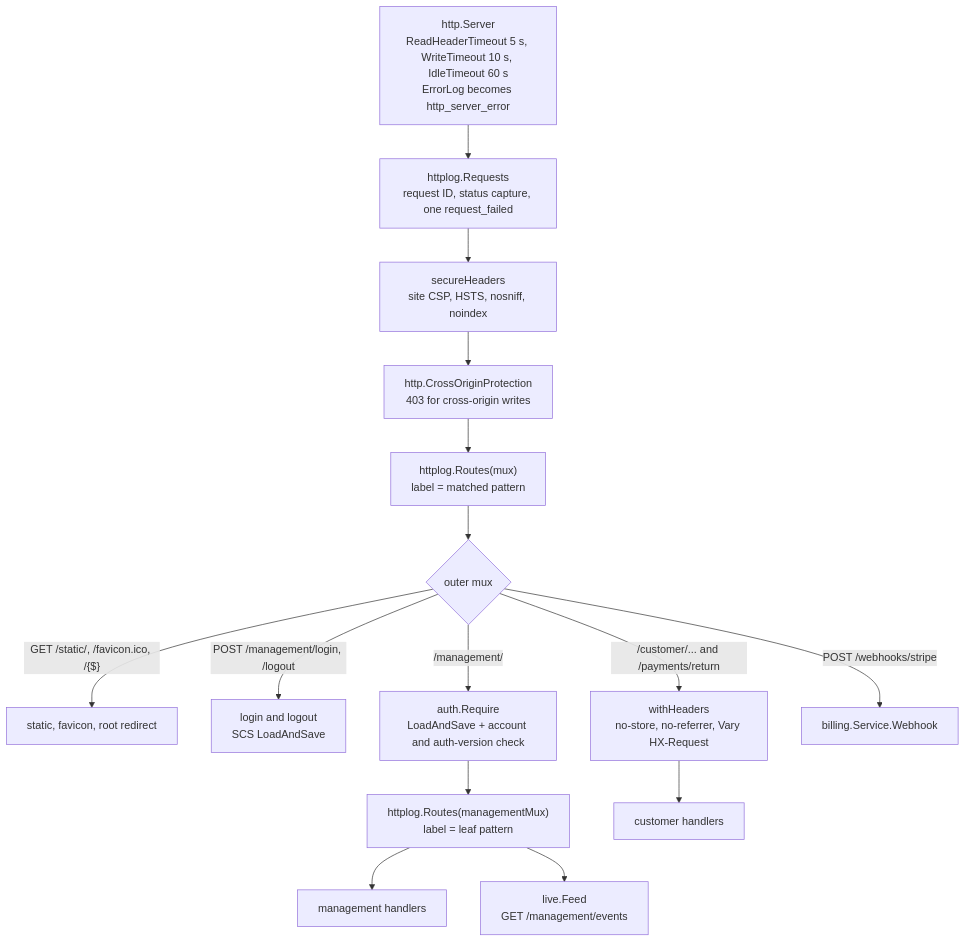
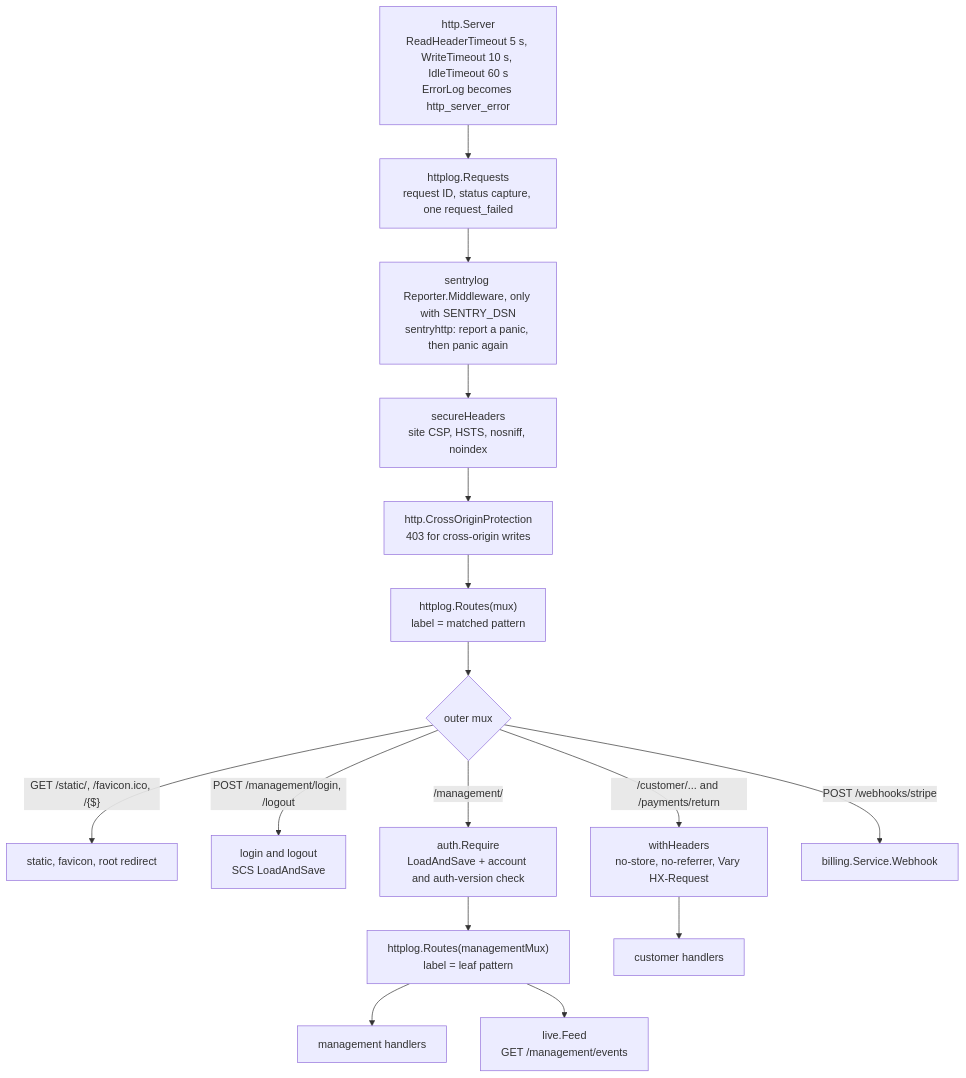
Before and after one commit to devGabriel131/ProjectHermes: the third of 3 diagrams in docs/architecture.md, drawn with Mermaid. The commit also changed other lines of this file and 13 other files, not shown here.

First line of the commit message:
feat(logging): Sentry error reporting, off without SENTRY_DSN (A2b)

````diff
--- a/docs/architecture.md
+++ b/docs/architecture.md
@@ -171,27 +175,28 @@
 ```mermaid
 flowchart TD
   conn["http.Server\nReadHeaderTimeout 5 s, WriteTimeout 10 s, IdleTimeout 60 s\nErrorLog becomes http_server_error"]
   req["httplog.Requests\nrequest ID, status capture, one request_failed"]
+  sentry["sentrylog Reporter.Middleware, only with SENTRY_DSN\nsentryhttp: report a panic, then panic again"]
   sec["secureHeaders\nsite CSP, HSTS, nosniff, noindex"]
   cop["http.CrossOriginProtection\n403 for cross-origin writes"]
   outer["httplog.Routes(mux)\nlabel = matched pattern"]
   mux{"outer mux"}
   static["static, favicon, root redirect"]
   authh["login and logout\nSCS LoadAndSave"]
   require["auth.Require\nLoadAndSave + account and auth-version check"]
   inner["httplog.Routes(managementMux)\nlabel = leaf pattern"]
   mgmt["management handlers"]
   feed["live.Feed\nGET /management/events"]
   hdr["withHeaders\nno-store, no-referrer, Vary HX-Request"]
   cust["customer handlers"]
   hook["billing.Service.Webhook"]
 
-  conn --> req --> sec --> cop --> outer --> mux
+  conn --> req --> sentry --> sec --> cop --> outer --> mux
   mux -->|"GET /static/, /favicon.ico, /{$}"| static
   mux -->|"POST /management/login, /logout"| authh
   mux -->|"/management/"| require --> inner
   inner --> mgmt
   inner --> feed
   mux -->|"/customer/... and /payments/return"| hdr --> cust
   mux -->|"POST /webhooks/stripe"| hook
 ```
````
